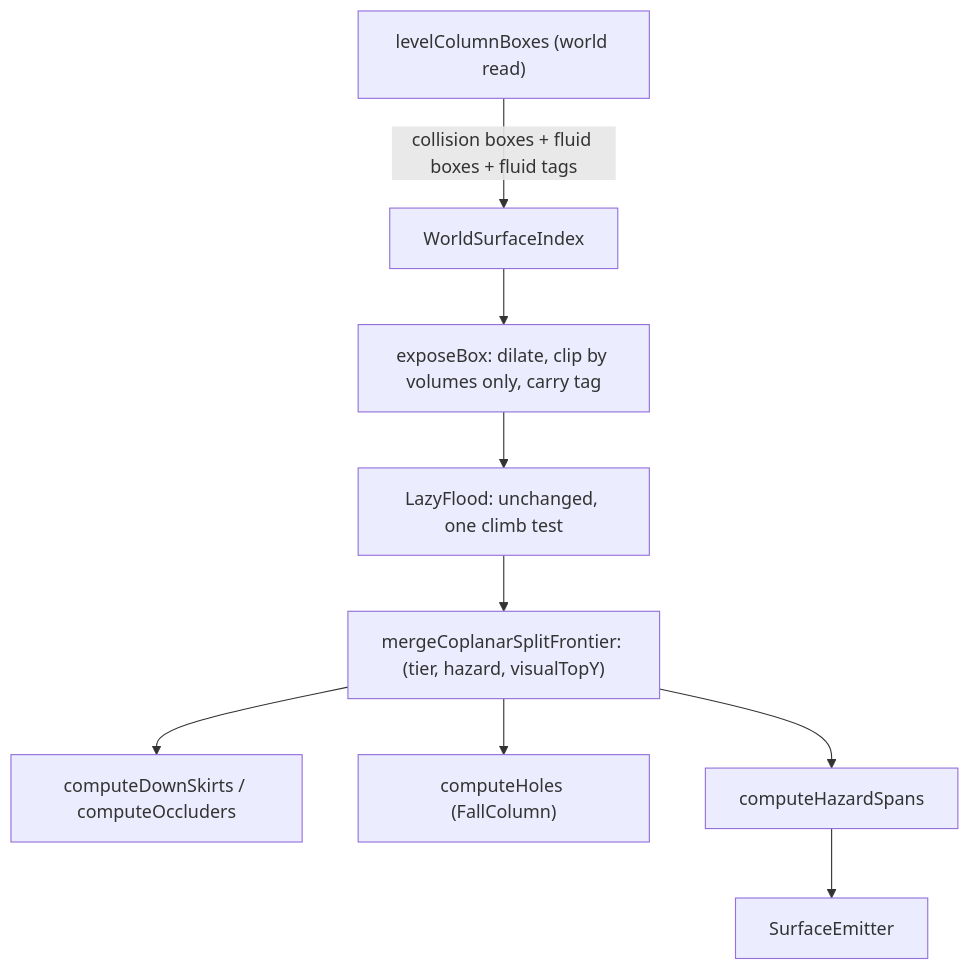
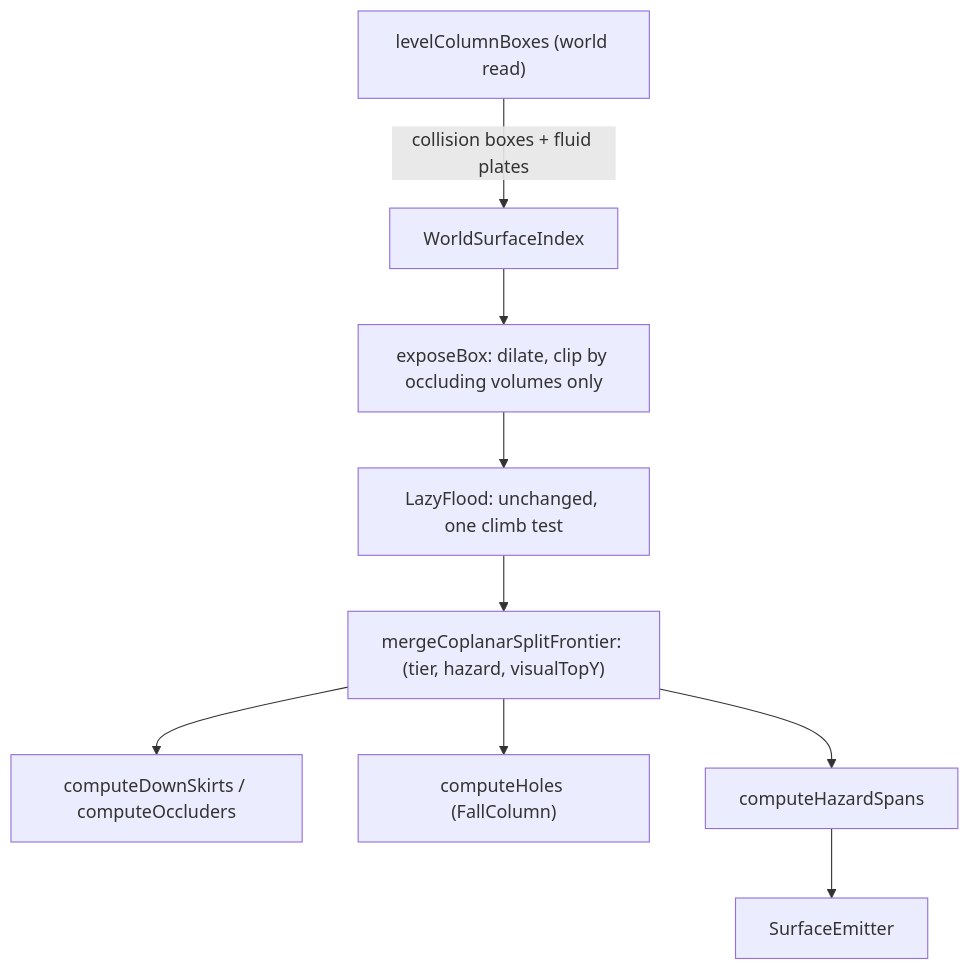
The diagram in PLAN.md (colinsmao/hbox-test), drawn with Mermaid before and after one commit. The commit also changed other lines of this file and 10 other files, not shown here.

First line of the commit message:
﻿Milestone 9: Step 1, emit non-occluding fluid swim plates.

````diff
--- a/PLAN.md
+++ b/PLAN.md
@@ -120,11 +77,11 @@
 ```mermaid
 flowchart TD
-  levelColumnBoxes["levelColumnBoxes (world read)"] -->|"collision boxes + fluid boxes + fluid tags"| index[WorldSurfaceIndex]
-  index --> exposeBox["exposeBox: dilate, clip by volumes only, carry tag"]
+  levelColumnBoxes["levelColumnBoxes (world read)"] -->|"collision boxes + fluid plates"| index[WorldSurfaceIndex]
+  index --> exposeBox["exposeBox: dilate, clip by occluding volumes only"]
   exposeBox --> flood["LazyFlood: unchanged, one climb test"]
   flood --> merge["mergeCoplanarSplitFrontier: (tier, hazard, visualTopY)"]
   merge --> skirts[computeDownSkirts / computeOccluders]
   merge --> holes["computeHoles (FallColumn)"]
   merge --> hazards[computeHazardSpans]
   hazards --> emit[SurfaceEmitter]
 ```
````
